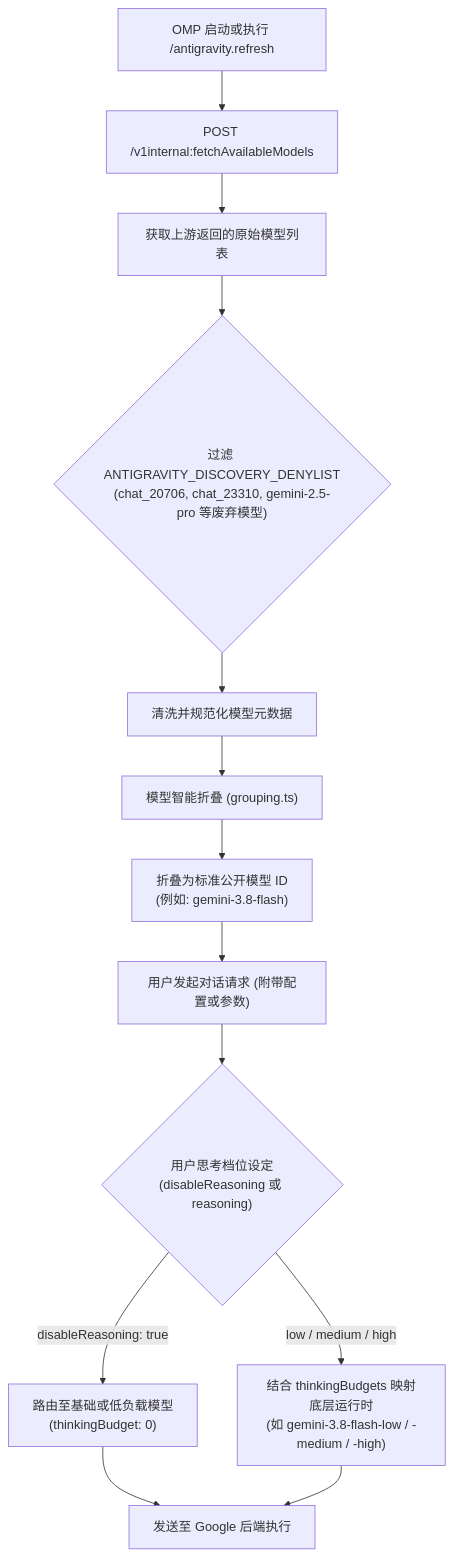
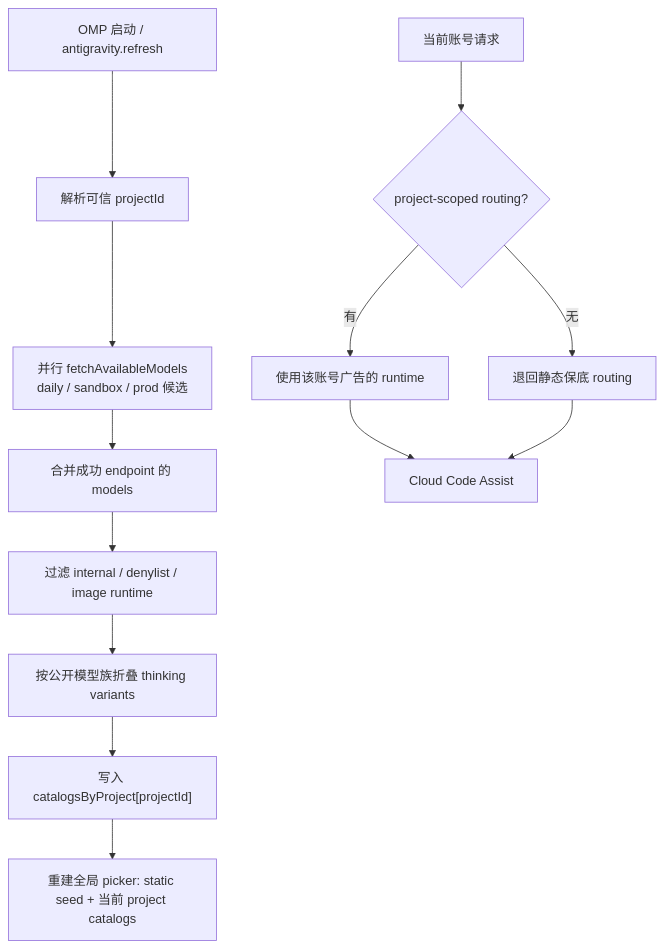
Before and after one commit to oscs1024-pixel/omp-antigravity: the fourth of 6 diagrams in README.md, drawn with Mermaid. The commit also changed other lines of this file, not shown here.

````diff
--- a/README.md
+++ b/README.md
@@ -292,20 +262,16 @@
 ```mermaid
 flowchart TD
-    Trigger["OMP 启动或执行 /antigravity.refresh"] --> FetchAPI["POST /v1internal:fetchAvailableModels"]
-    FetchAPI --> RawList["获取上游返回的原始模型列表"]
+    Trigger["OMP 启动 / antigravity.refresh"] --> Resolve["解析可信 projectId"]
+    Resolve --> Fetch["并行 fetchAvailableModels<br/>daily / sandbox / prod 候选"]
+    Fetch --> Merge["合并成功 endpoint 的 models"]
+    Merge --> Filter["过滤 internal / denylist / image runtime"]
+    Filter --> Group["按公开模型族折叠 thinking variants"]
+    Group --> Scoped["写入 catalogsByProject[projectId]"]
+    Scoped --> Union["重建全局 picker: static seed + 当前 project catalogs"]
 
-    RawList --> DenylistFilter{"过滤 ANTIGRAVITY_DISCOVERY_DENYLIST<br/>(chat_20706, chat_23310, gemini-2.5-pro 等废弃模型)"}
-    DenylistFilter --> Sanitize["清洗并规范化模型元数据"]
-
-    Sanitize --> Grouping["模型智能折叠 (grouping.ts)"]
-    Grouping --> PublicModel["折叠为标准公开模型 ID<br/>(例如: gemini-3.8-flash)"]
-
-    PublicModel --> UserReq["用户发起对话请求 (附带配置或参数)"]
-    UserReq --> CheckEffort{"用户思考档位设定<br/>(disableReasoning 或 reasoning)"}
-
-    CheckEffort -- disableReasoning: true --> RouteOff["路由至基础或低负载模型<br/>(thinkingBudget: 0)"]
-    CheckEffort -- low / medium / high --> RouteTier["结合 thinkingBudgets 映射底层运行时<br/>(如 gemini-3.8-flash-low / -medium / -high)"]
-
-    RouteOff --> WireReq["发送至 Google 后端执行"]
-    RouteTier --> WireReq
+    Request["当前账号请求"] --> AccountRoute{"project-scoped routing?"}
+    AccountRoute -- 有 --> LiveRoute["使用该账号广告的 runtime"]
+    AccountRoute -- 无 --> StaticRoute["退回静态保底 routing"]
+    LiveRoute --> Google["Cloud Code Assist"]
+    StaticRoute --> Google
 ```
````
